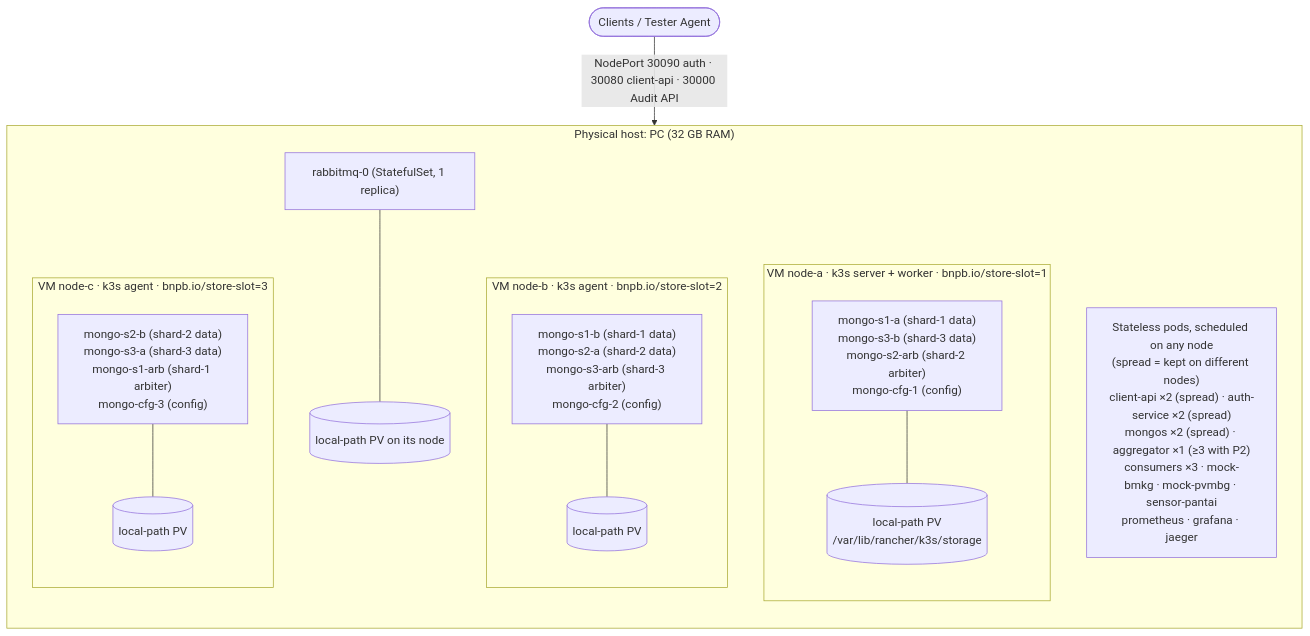
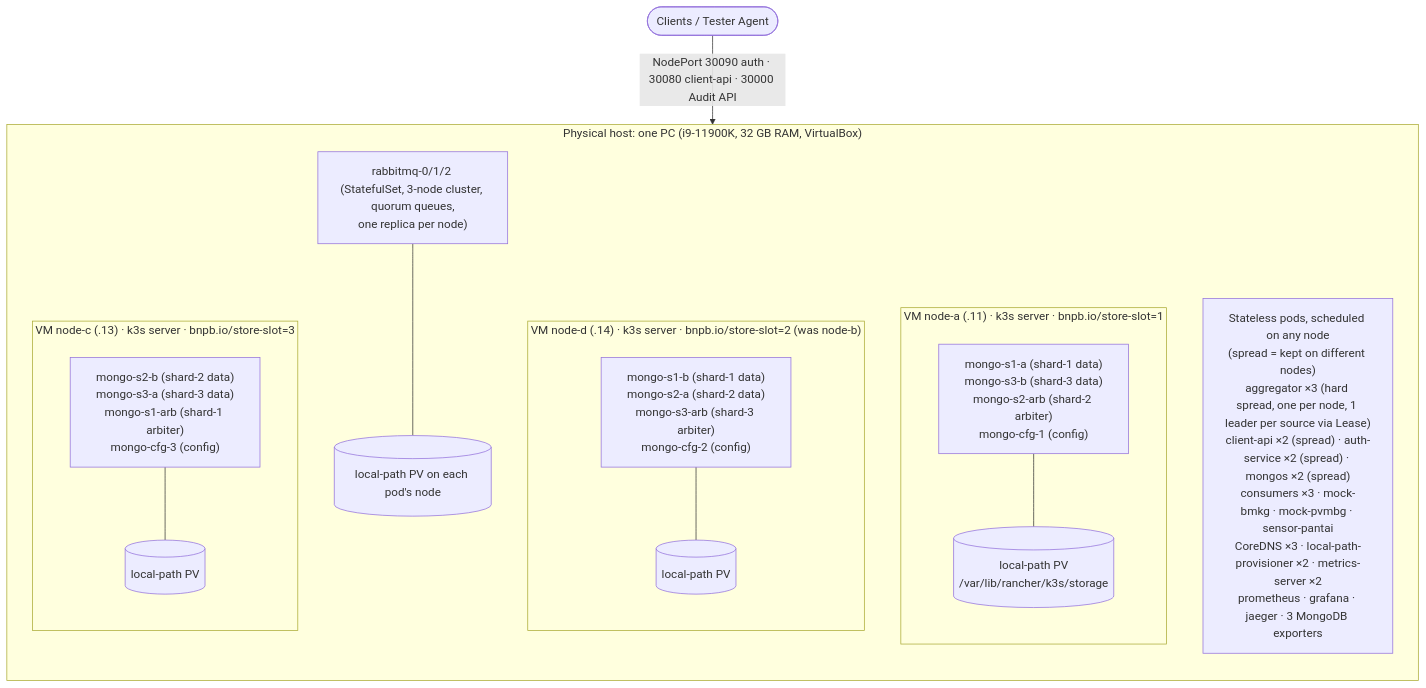
Before and after one commit to MaheswaraKaindra/IF4031_RMB: the diagram in docs/deployment.md, drawn with Mermaid. The commit also changed other lines of this file and 2 other files, not shown here.

Commit message:
docs: bring the deployment diagram, observability page and README title in line with the real 3-VM cluster

````diff
--- a/docs/deployment.md
+++ b/docs/deployment.md
@@ -6,29 +8,29 @@
 ```mermaid
 flowchart TB
-  subgraph HOST["Physical host: PC (32 GB RAM)"]
+  subgraph HOST["Physical host: one PC (i9-11900K, 32 GB RAM, VirtualBox)"]
     direction TB
-    subgraph N1["VM node-a · k3s server + worker · bnpb.io/store-slot=1"]
+    subgraph N1["VM node-a (.11) · k3s server · bnpb.io/store-slot=1"]
       direction TB
       S1["mongo-s1-a (shard-1 data)<br/>mongo-s3-b (shard-3 data)<br/>mongo-s2-arb (shard-2 arbiter)<br/>mongo-cfg-1 (config)"]
       D1[("local-path PV<br/>/var/lib/rancher/k3s/storage")]
       S1 --- D1
     end
-    subgraph N2["VM node-b · k3s agent · bnpb.io/store-slot=2"]
+    subgraph N2["VM node-d (.14) · k3s server · bnpb.io/store-slot=2 (was node-b)"]
       direction TB
       S2["mongo-s1-b (shard-1 data)<br/>mongo-s2-a (shard-2 data)<br/>mongo-s3-arb (shard-3 arbiter)<br/>mongo-cfg-2 (config)"]
       D2[("local-path PV")]
       S2 --- D2
     end
-    subgraph N3["VM node-c · k3s agent · bnpb.io/store-slot=3"]
+    subgraph N3["VM node-c (.13) · k3s server · bnpb.io/store-slot=3"]
       direction TB
       S3["mongo-s2-b (shard-2 data)<br/>mongo-s3-a (shard-3 data)<br/>mongo-s1-arb (shard-1 arbiter)<br/>mongo-cfg-3 (config)"]
       D3[("local-path PV")]
       S3 --- D3
     end
-    ST["Stateless pods, scheduled on any node<br/>(spread = kept on different nodes)<br/>client-api ×2 (spread) · auth-service ×2 (spread)<br/>mongos ×2 (spread) · aggregator ×1 (≥3 with P2)<br/>consumers ×3 · mock-bmkg · mock-pvmbg · sensor-pantai<br/>prometheus · grafana · jaeger"]
-    RMQ["rabbitmq-0 (StatefulSet, 1 replica)"]
-    DR[("local-path PV on its node")]
+    ST["Stateless pods, scheduled on any node<br/>(spread = kept on different nodes)<br/>aggregator ×3 (hard spread, one per node, 1 leader per source via Lease)<br/>client-api ×2 (spread) · auth-service ×2 (spread) · mongos ×2 (spread)<br/>consumers ×3 · mock-bmkg · mock-pvmbg · sensor-pantai<br/>CoreDNS ×3 · local-path-provisioner ×2 · metrics-server ×2<br/>prometheus · grafana · jaeger · 3 MongoDB exporters"]
+    RMQ["rabbitmq-0/1/2 (StatefulSet, 3-node cluster, quorum queues,<br/>one replica per node)"]
+    DR[("local-path PV on each pod's node")]
     RMQ --- DR
   end
   C(["Clients / Tester Agent"]) -->|"NodePort 30090 auth · 30080 client-api · 30000 Audit API"| ST
 ```
````
